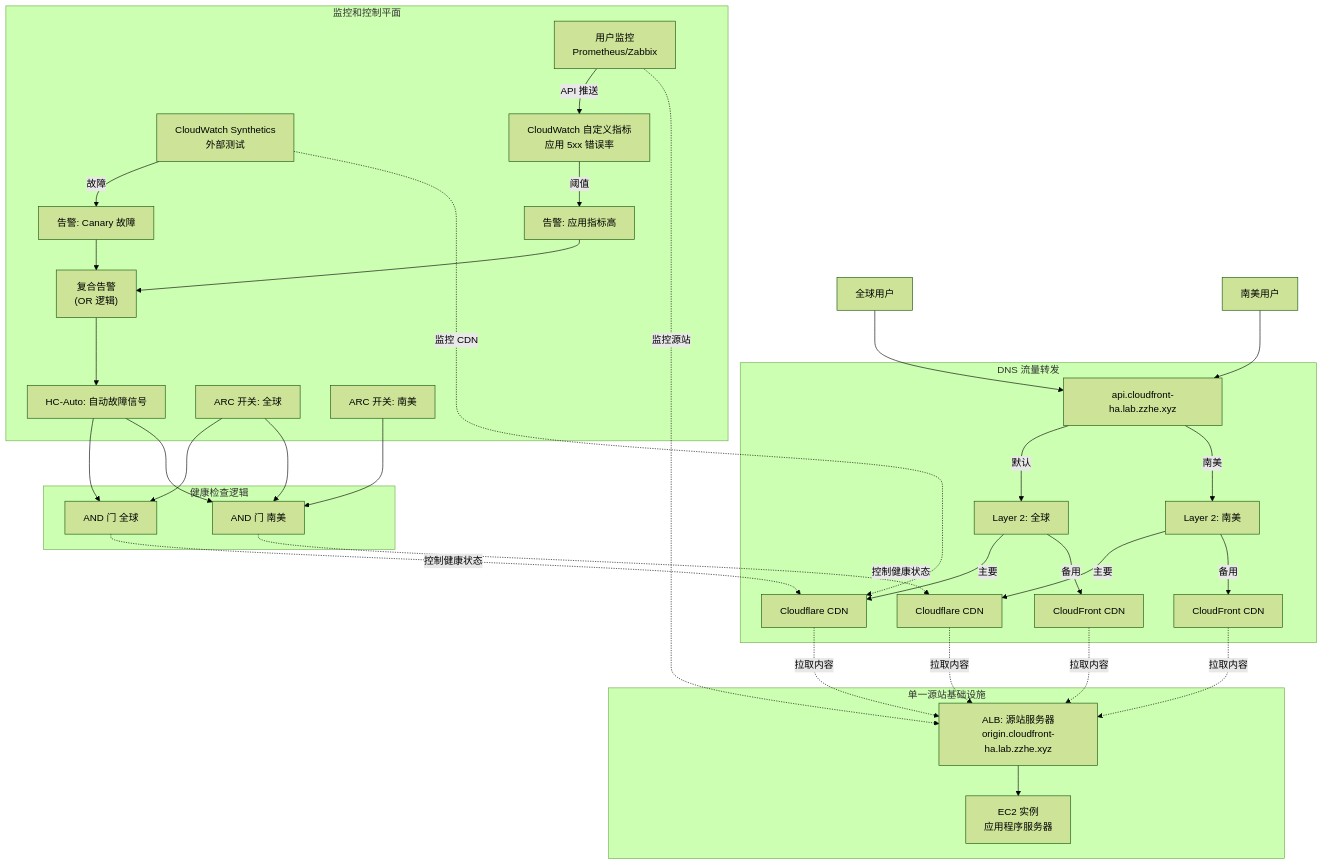
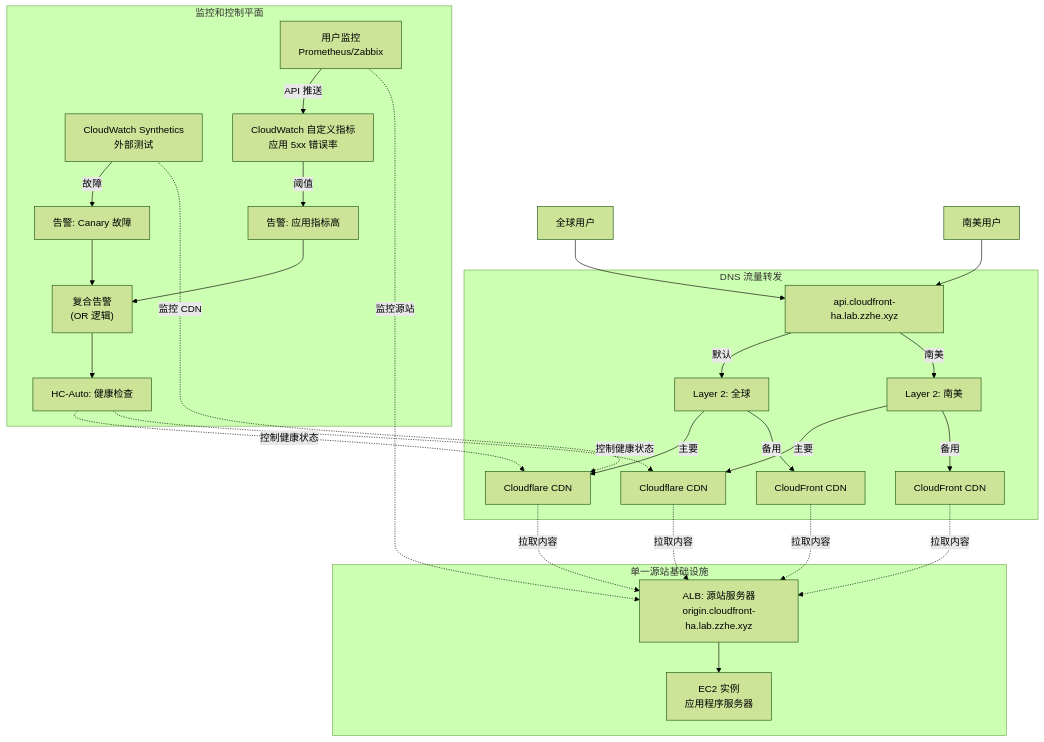
Before and after one commit to zhang1980s/aws-multi-cdn-control-lab: the diagram in README_CN.md, drawn with Mermaid (forest theme). The commit also changed other lines of this file and 2 other files, not shown here.

First line of the commit message:
Remove ARC dependencies: Simplify architecture to use Route 53 Health Checks only

````diff
--- a/README_CN.md
+++ b/README_CN.md
@@ -66,64 +39,52 @@
 ```mermaid
 graph TD
     UserGlobal[全球用户]
     UserSA[南美用户]
 
     UserGlobal --> R53_Entry
     UserSA --> R53_Entry
 
     subgraph DNS["DNS 流量转发"]
         R53_Entry["api.cloudfront-ha.lab.zzhe.xyz"] -->|默认| R53_Global["Layer 2: 全球"]
         R53_Entry -->|南美| R53_SA["Layer 2: 南美"]
 
         R53_Global -->|主要| CF_Global[Cloudflare CDN]
         R53_Global -->|备用| AWS_Global[CloudFront CDN]
 
         R53_SA -->|主要| CF_SA[Cloudflare CDN]
         R53_SA -->|备用| AWS_SA[CloudFront CDN]
     end
 
     subgraph Origin["单一源站基础设施"]
         ALB_Origin["ALB: 源站服务器<br/>origin.cloudfront-ha.lab.zzhe.xyz"]
         EC2_Origin["EC2 实例<br/>应用程序服务器"]
 
         ALB_Origin --> EC2_Origin
     end
 
     subgraph Monitor["监控和控制平面"]
         CW_Canary["CloudWatch Synthetics<br/>外部测试"] -->|故障| Alarm_AWS["告警: Canary 故障"]
 
         User_Sys["用户监控<br/>Prometheus/Zabbix"] -->|API 推送| CW_Metric["CloudWatch 自定义指标<br/>应用 5xx 错误率"]
         CW_Metric -->|阈值| Alarm_User["告警: 应用指标高"]
 
         Alarm_AWS --> Composite_Alarm["复合告警<br/>(OR 逻辑)"]
         Alarm_User --> Composite_Alarm
 
-        Composite_Alarm --> HC_Auto["HC-Auto: 自动故障信号"]
-
-        ARC_Global["ARC 开关: 全球"]
-        ARC_SA["ARC 开关: 南美"]
-    end
-
-    subgraph Logic["健康检查逻辑"]
-        HC_Auto --> Calc_G["AND 门 全球"]
-        ARC_Global --> Calc_G
-
-        HC_Auto --> Calc_SA["AND 门 南美"]
-        ARC_Global --> Calc_SA
-        ARC_SA --> Calc_SA
+        Composite_Alarm --> HC_Auto["HC-Auto: 健康检查"]
     end
 
     %% 两个 CDN 都从单一源站拉取内容
     CF_Global -.->|拉取内容| ALB_Origin
     AWS_Global -.->|拉取内容| ALB_Origin
     CF_SA -.->|拉取内容| ALB_Origin
     AWS_SA -.->|拉取内容| ALB_Origin
 
-    %% 健康检查监控 CDN 可用性（非源站）
-    Calc_G -.->|控制健康状态| CF_Global
-    Calc_SA -.->|控制健康状态| CF_SA
+    %% 健康检查直接控制 CDN 路由
+    HC_Auto -.->|控制健康状态| CF_Global
+    HC_Auto -.->|控制健康状态| CF_SA
 
     %% 源站监控（单一源站）
     CW_Canary -.->|监控 CDN| CF_Global
     User_Sys -.->|监控源站| ALB_Origin
 ```
````
